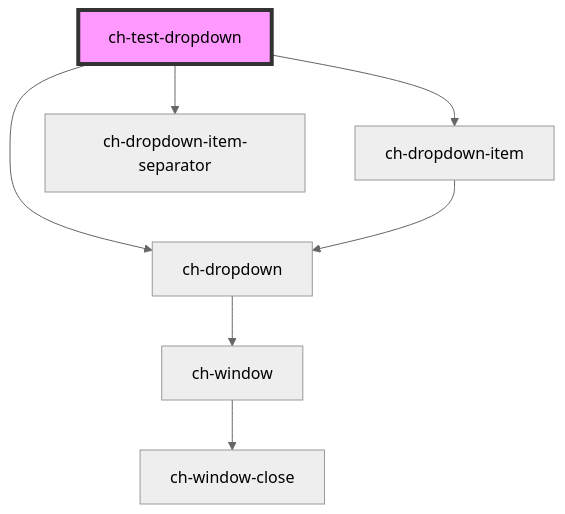
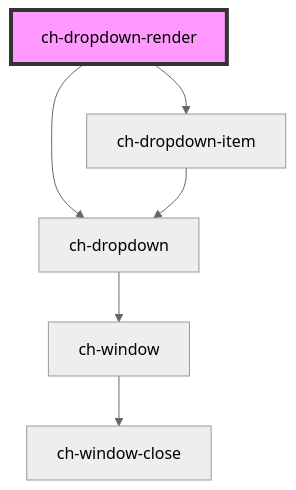
Before and after one commit to genexuslabs/chameleon-controls-library: the diagram in src/components/renders/dropdown/readme.md, drawn with Mermaid (neutral theme). The commit also changed other lines of this file and 6 other files, not shown here.

````diff
--- a/src/components/renders/dropdown/readme.md
+++ b/src/components/renders/dropdown/readme.md
@@ -29,10 +32,9 @@
 ```mermaid
 graph TD;
-  ch-test-dropdown --> ch-dropdown-item
-  ch-test-dropdown --> ch-dropdown-item-separator
-  ch-test-dropdown --> ch-dropdown
+  ch-dropdown-render --> ch-dropdown-item
+  ch-dropdown-render --> ch-dropdown
   ch-dropdown-item --> ch-dropdown
   ch-dropdown --> ch-window
   ch-window --> ch-window-close
-  style ch-test-dropdown fill:#f9f,stroke:#333,stroke-width:4px
+  style ch-dropdown-render fill:#f9f,stroke:#333,stroke-width:4px
 ```
````
